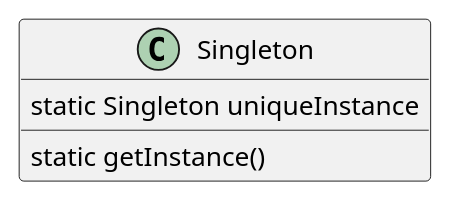
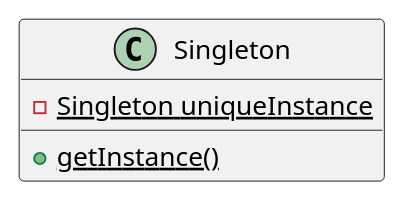
The diagram in SingletonPattern/SingletonPattern.puml (gama79530/DesignPattern), drawn with PlantUML before and after one commit. The commit also changed 9 other files, not shown here.

Commit message:
Modify: tuining the UML and refining code

```diff
--- a/SingletonPattern/SingletonPattern.puml
+++ b/SingletonPattern/SingletonPattern.puml
@@ -1,9 +1,9 @@
 @startuml SingletonPattern
 hide empty members
 
 class Singleton{
-    static Singleton uniqueInstance
-    static getInstance()
+    - {static} Singleton uniqueInstance
+    + {static} getInstance()
 }
 
 @enduml
```
